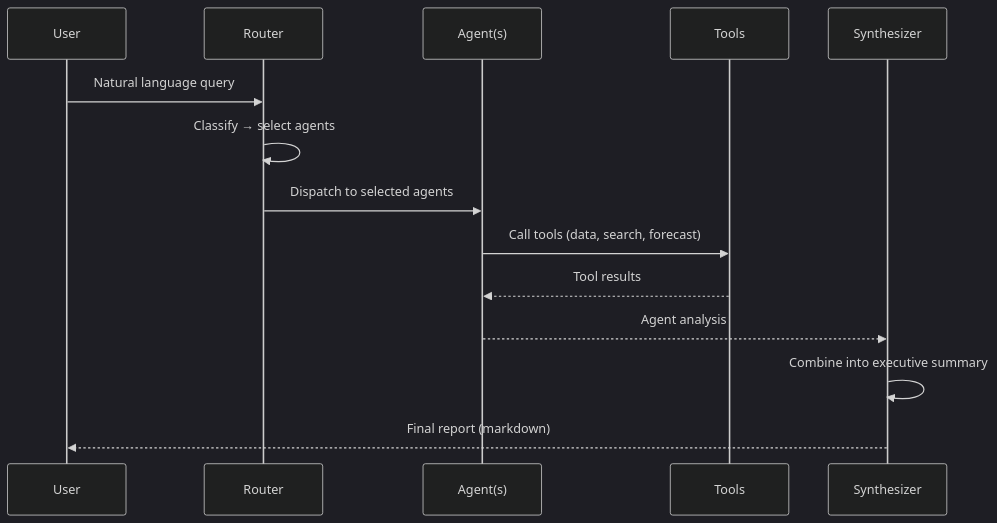
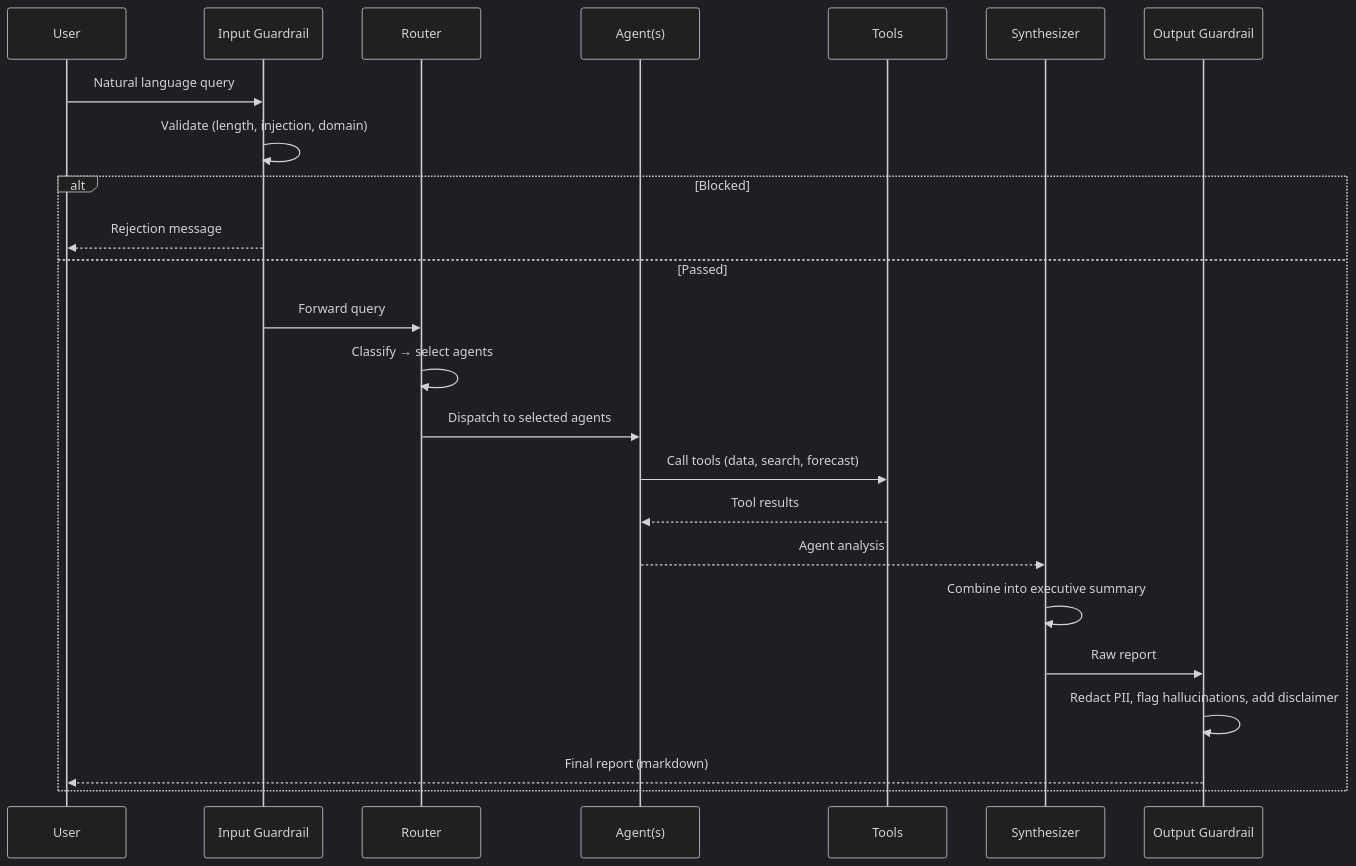
The fifth of 5 diagrams in architecture.md (aksh-ay06/supply-chain-agents), drawn with Mermaid (dark theme) before and after one commit. The commit also changed other lines of this file and 1 other file, not shown here.

First line of the commit message:
Update README and architecture docs with guardrails, Groq, and execution modes

````diff
--- a/architecture.md
+++ b/architecture.md
@@ -63,17 +117,27 @@
 ```mermaid
 sequenceDiagram
     participant U as User
+    participant IG as Input Guardrail
     participant R as Router
     participant A as Agent(s)
     participant T as Tools
     participant S as Synthesizer
+    participant OG as Output Guardrail
 
-    U->>R: Natural language query
-    R->>R: Classify → select agents
-    R->>A: Dispatch to selected agents
-    A->>T: Call tools (data, search, forecast)
-    T-->>A: Tool results
-    A-->>S: Agent analysis
-    S->>S: Combine into executive summary
-    S-->>U: Final report (markdown)
+    U->>IG: Natural language query
+    IG->>IG: Validate (length, injection, domain)
+    alt Blocked
+        IG-->>U: Rejection message
+    else Passed
+        IG->>R: Forward query
+        R->>R: Classify → select agents
+        R->>A: Dispatch to selected agents
+        A->>T: Call tools (data, search, forecast)
+        T-->>A: Tool results
+        A-->>S: Agent analysis
+        S->>S: Combine into executive summary
+        S->>OG: Raw report
+        OG->>OG: Redact PII, flag hallucinations, add disclaimer
+        OG-->>U: Final report (markdown)
+    end
 ```
````
